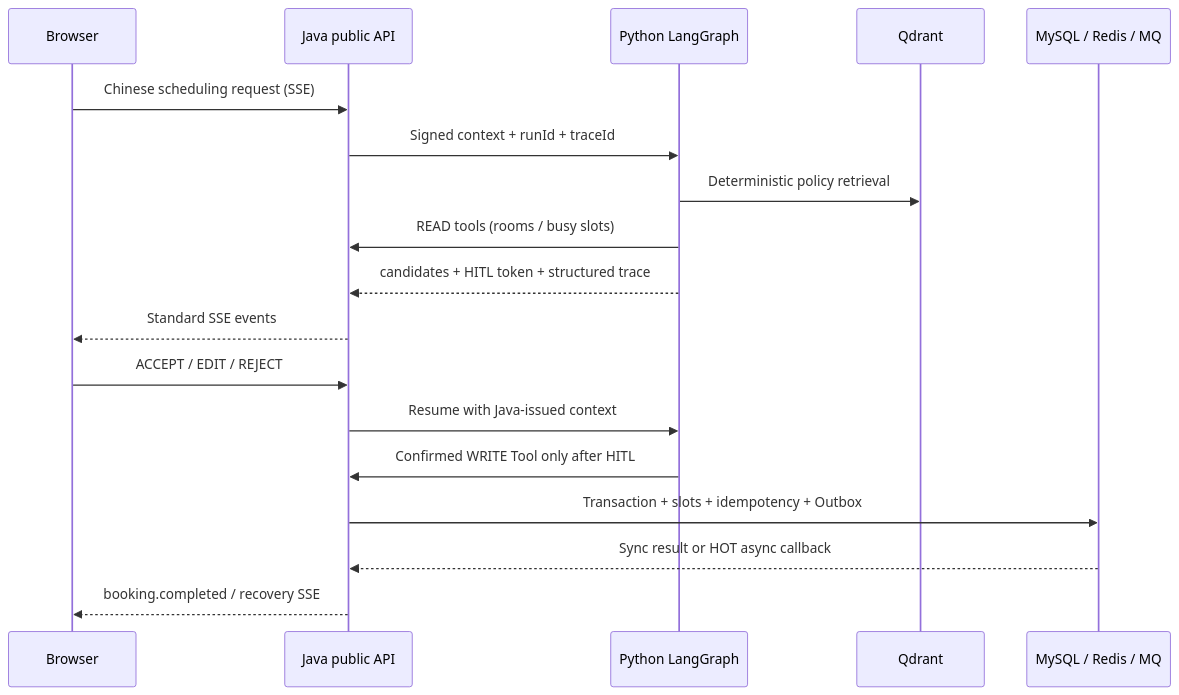
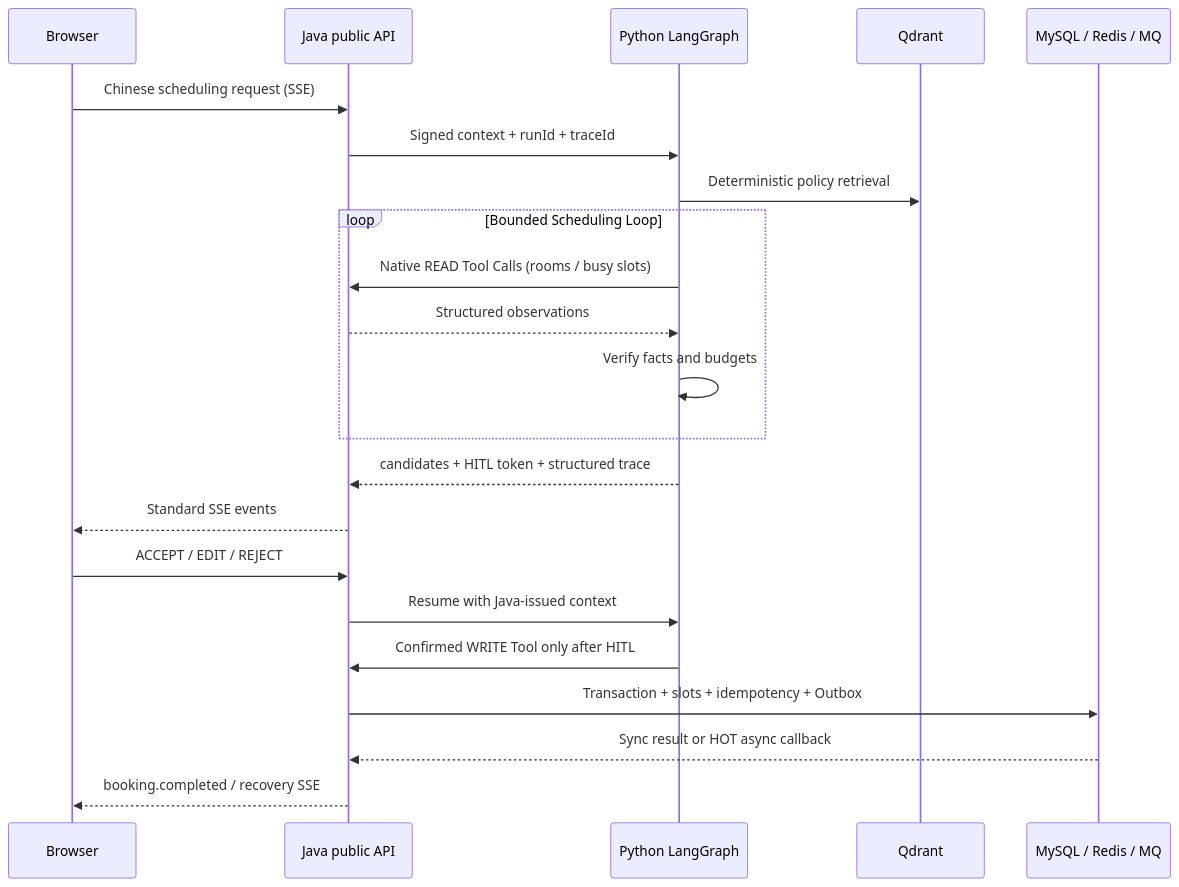
The second of 2 diagrams in README.md (Azzzzrael999/WeMe-agent), drawn with Mermaid before and after one commit. The commit also changed other lines of this file and 101 other files, not shown here.

````diff
--- a/README.md
+++ b/README.md
@@ -30,21 +33,25 @@
 ```mermaid
 sequenceDiagram
     participant B as Browser
     participant J as Java public API
     participant P as Python LangGraph
     participant Q as Qdrant
     participant M as MySQL / Redis / MQ
 
     B->>J: Chinese scheduling request (SSE)
     J->>P: Signed context + runId + traceId
     P->>Q: Deterministic policy retrieval
-    P->>J: READ tools (rooms / busy slots)
+    loop Bounded Scheduling Loop
+        P->>J: Native READ Tool Calls (rooms / busy slots)
+        J-->>P: Structured observations
+        P->>P: Verify facts and budgets
+    end
     P-->>J: candidates + HITL token + structured trace
     J-->>B: Standard SSE events
     B->>J: ACCEPT / EDIT / REJECT
     J->>P: Resume with Java-issued context
     P->>J: Confirmed WRITE Tool only after HITL
     J->>M: Transaction + slots + idempotency + Outbox
     M-->>J: Sync result or HOT async callback
     J-->>B: booking.completed / recovery SSE
 ```
````
